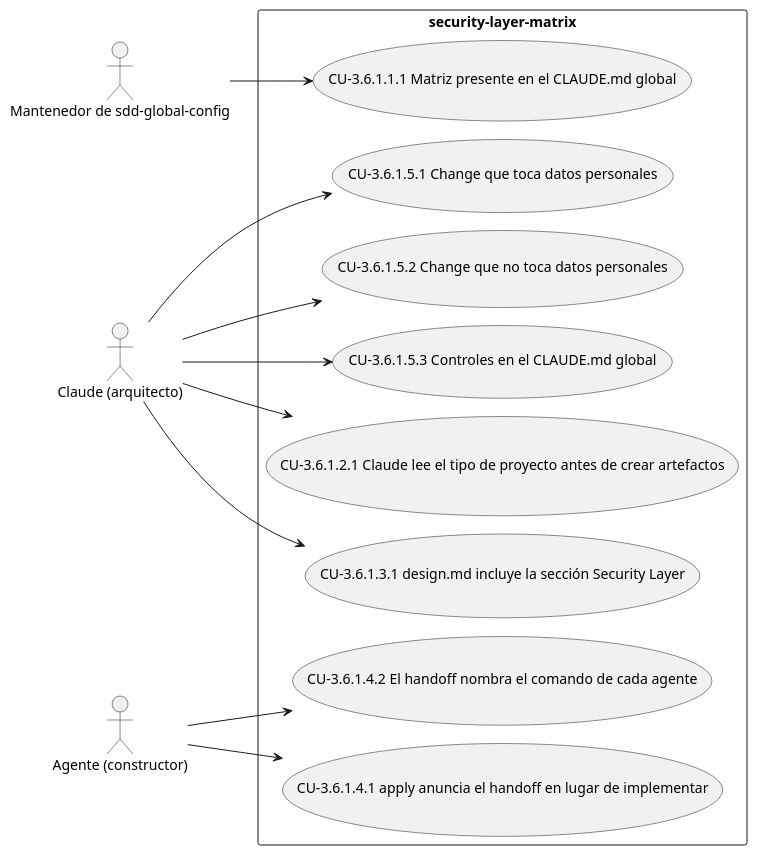
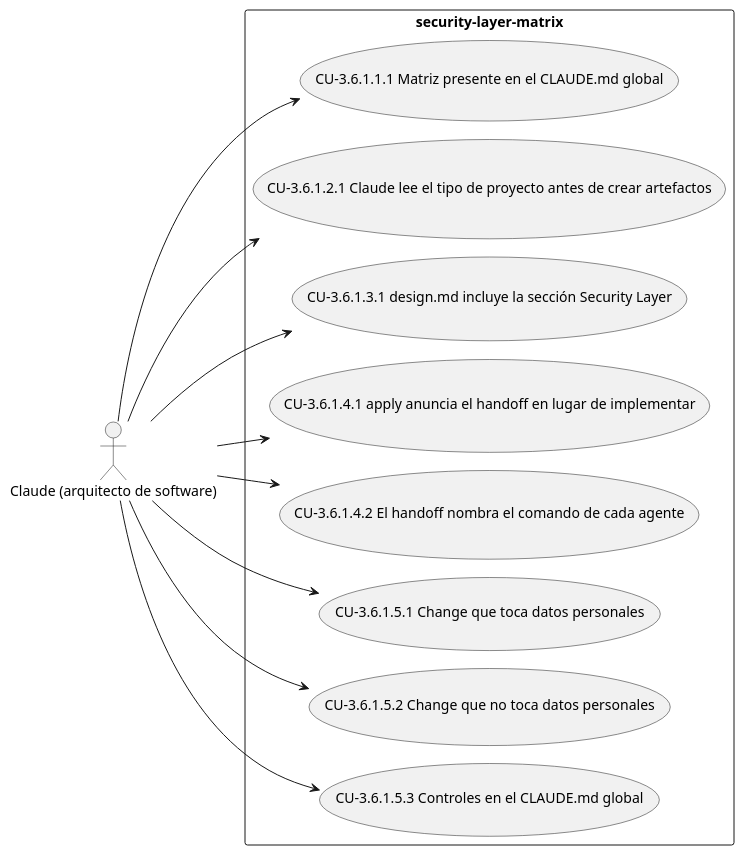
Before and after one commit to Lautaro-Montecchiani/sdd-global-config: the diagram in docs/diagramas/CAP-3.6.1.puml, drawn with PlantUML. The commit also changed 40 other files, not shown here.

```diff
--- a/docs/diagramas/CAP-3.6.1.puml
+++ b/docs/diagramas/CAP-3.6.1.puml
@@ -1,25 +1,23 @@
 @startuml
 !pragma layout smetana
 left to right direction
-actor "Mantenedor de sdd-global-config" as A1
-actor "Claude (arquitecto)" as A2
-actor "Agente (constructor)" as A3
+actor "Claude (arquitecto de software)" as A1
 rectangle "security-layer-matrix" {
   usecase "CU-3.6.1.1.1 Matriz presente en el CLAUDE.md global" as UC_3_6_1_1_1
   usecase "CU-3.6.1.2.1 Claude lee el tipo de proyecto antes de crear artefactos" as UC_3_6_1_2_1
   usecase "CU-3.6.1.3.1 design.md incluye la sección Security Layer" as UC_3_6_1_3_1
   usecase "CU-3.6.1.4.1 apply anuncia el handoff en lugar de implementar" as UC_3_6_1_4_1
   usecase "CU-3.6.1.4.2 El handoff nombra el comando de cada agente" as UC_3_6_1_4_2
   usecase "CU-3.6.1.5.1 Change que toca datos personales" as UC_3_6_1_5_1
   usecase "CU-3.6.1.5.2 Change que no toca datos personales" as UC_3_6_1_5_2
   usecase "CU-3.6.1.5.3 Controles en el CLAUDE.md global" as UC_3_6_1_5_3
 }
 A1 --> UC_3_6_1_1_1
-A2 --> UC_3_6_1_2_1
-A2 --> UC_3_6_1_3_1
-A3 --> UC_3_6_1_4_1
-A3 --> UC_3_6_1_4_2
-A2 --> UC_3_6_1_5_1
-A2 --> UC_3_6_1_5_2
-A2 --> UC_3_6_1_5_3
+A1 --> UC_3_6_1_2_1
+A1 --> UC_3_6_1_3_1
+A1 --> UC_3_6_1_4_1
+A1 --> UC_3_6_1_4_2
+A1 --> UC_3_6_1_5_1
+A1 --> UC_3_6_1_5_2
+A1 --> UC_3_6_1_5_3
 @enduml
```
